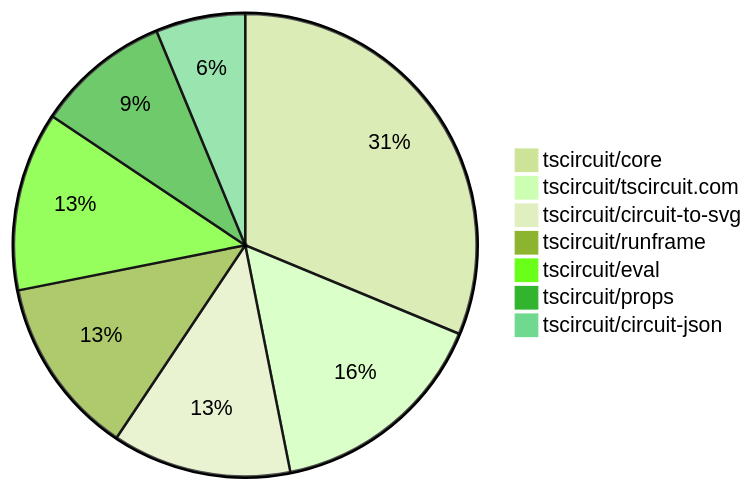
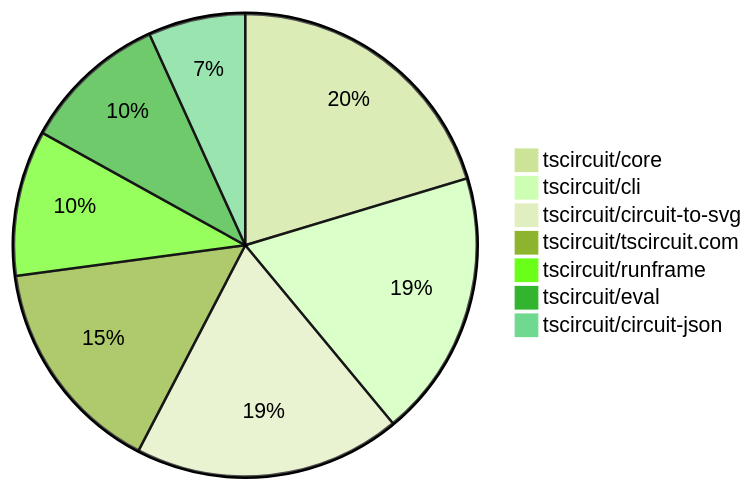
Before and after one commit to tscircuit/contribution-tracker: the second of 2 diagrams in contribution-overviews/2025-09-17.md, drawn with Mermaid (forest theme). The commit also changed other lines of this file and 3 other files, not shown here.

````diff
--- a/contribution-overviews/2025-09-17.md
+++ b/contribution-overviews/2025-09-17.md
@@ -65,10 +75,10 @@
 ```mermaid
 pie
-    "tscircuit/core" : 10
-    "tscircuit/tscircuit.com" : 5
-    "tscircuit/circuit-to-svg" : 4
-    "tscircuit/runframe" : 4
-    "tscircuit/eval" : 4
-    "tscircuit/props" : 3
-    "tscircuit/circuit-json" : 2
+    "tscircuit/core" : 12
+    "tscircuit/cli" : 11
+    "tscircuit/circuit-to-svg" : 11
+    "tscircuit/tscircuit.com" : 9
+    "tscircuit/runframe" : 6
+    "tscircuit/eval" : 6
+    "tscircuit/circuit-json" : 4
 ```
````
